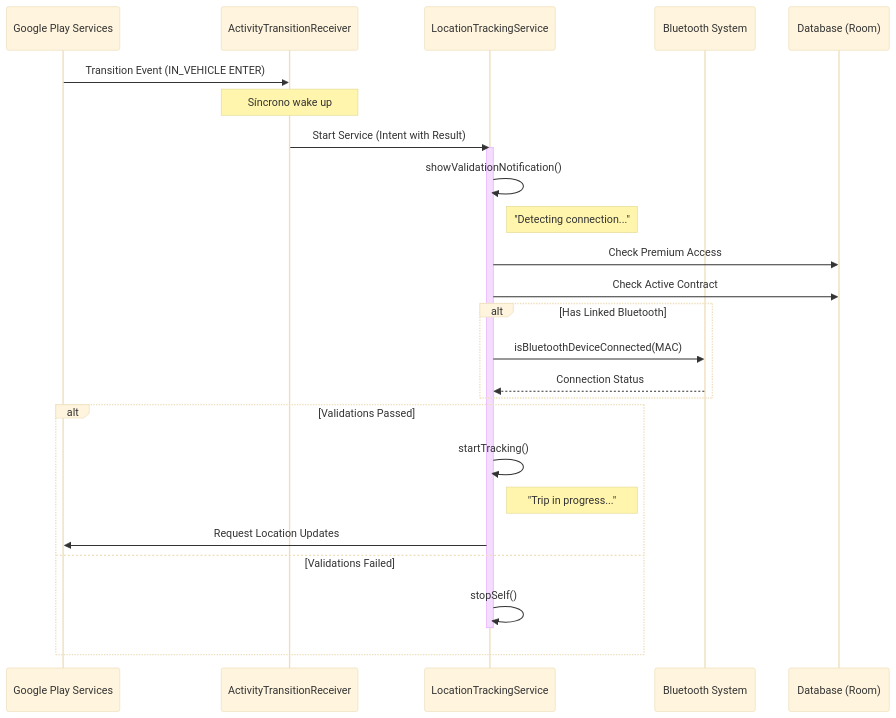
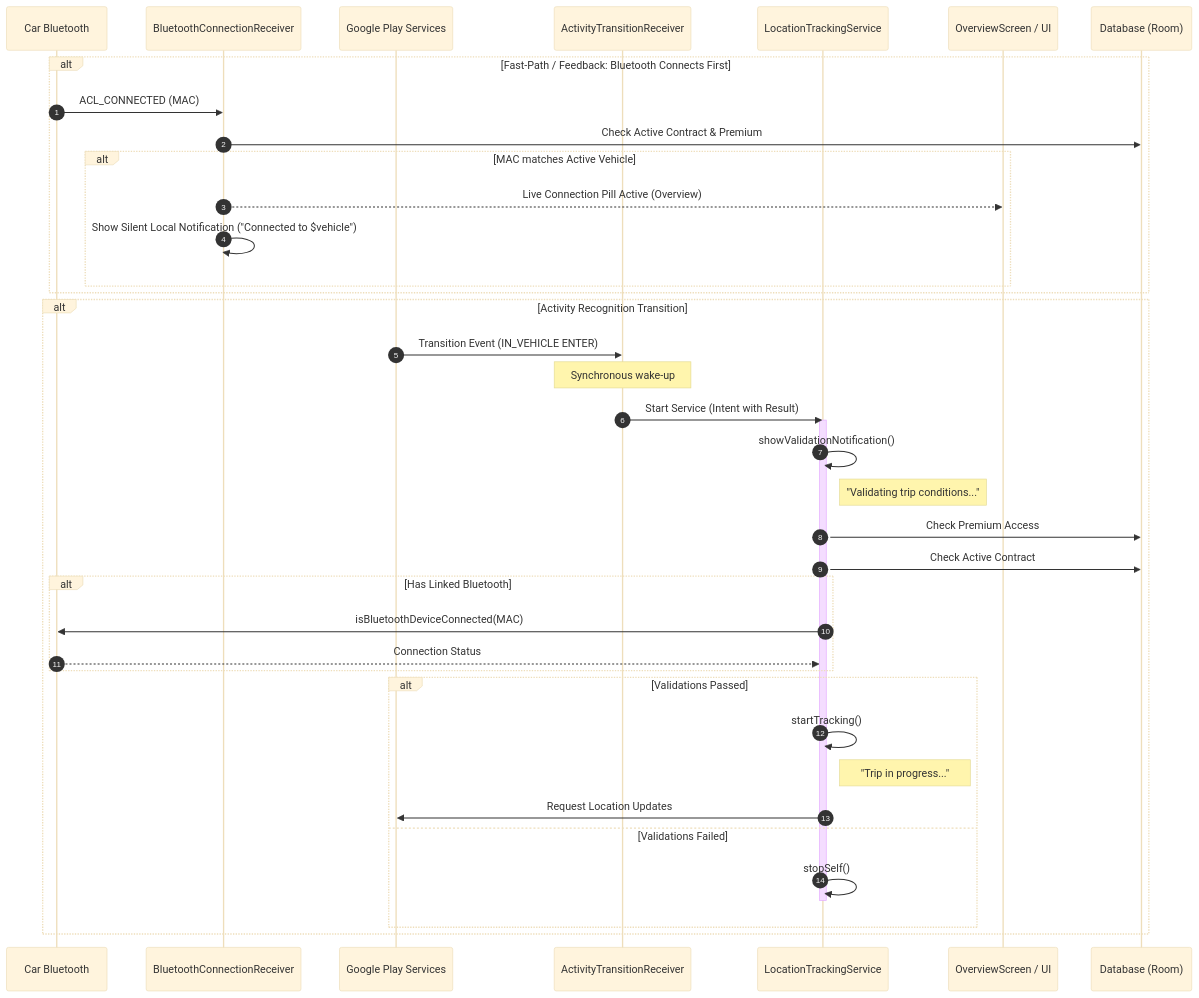
One commit to joshluq/kilomenos-android changed the diagram in docs/autotracking_technical_spec.md. Above: the diagram before and after it, drawn with Mermaid (base theme). The commit also changed other lines of this file and 18 other files, not shown here.

Commit message:
Implement real-time vehicle Bluetooth connection monitoring by introducing repository and use-case layers, along with live connection indicators and auto-sorting across the overview and fleet features.

````diff
--- a/docs/autotracking_technical_spec.md
+++ b/docs/autotracking_technical_spec.md
@@ -19,33 +21,46 @@
 ```mermaid
 sequenceDiagram
+    autonumber
+    participant Car as Car Bluetooth
+    participant BCR as BluetoothConnectionReceiver
     participant GPS as Google Play Services
     participant ATR as ActivityTransitionReceiver
     participant LTS as LocationTrackingService
-    participant BT as Bluetooth System
+    participant UI as OverviewScreen / UI
     participant DB as Database (Room)
 
-    GPS->>ATR: Transition Event (IN_VEHICLE ENTER)
-    Note over ATR: Síncrono wake up
-    ATR->>LTS: Start Service (Intent with Result)
-    
-    activate LTS
-    LTS->>LTS: showValidationNotification()
-    Note right of LTS: "Detecting connection..."
-    
-    LTS->>DB: Check Premium Access
-    LTS->>DB: Check Active Contract
-    
-    alt Has Linked Bluetooth
-        LTS->>BT: isBluetoothDeviceConnected(MAC)
-        BT-->>LTS: Connection Status
+    alt Fast-Path / Feedback: Bluetooth Connects First
+        Car->>BCR: ACL_CONNECTED (MAC)
+        BCR->>DB: Check Active Contract & Premium
+        alt MAC matches Active Vehicle
+            BCR-->>UI: Live Connection Pill Active (Overview)
+            BCR->>BCR: Show Silent Local Notification ("Connected to $vehicle")
+        end
     end
 
-    alt Validations Passed
-        LTS->>LTS: startTracking()
-        Note right of LTS: "Trip in progress..."
-        LTS->>GPS: Request Location Updates
-    else Validations Failed
-        LTS->>LTS: stopSelf()
-        deactivate LTS
+    alt Activity Recognition Transition
+        GPS->>ATR: Transition Event (IN_VEHICLE ENTER)
+        Note over ATR: Synchronous wake-up
+        ATR->>LTS: Start Service (Intent with Result)
+        activate LTS
+        LTS->>LTS: showValidationNotification()
+        Note right of LTS: "Validating trip conditions..."
+        
+        LTS->>DB: Check Premium Access
+        LTS->>DB: Check Active Contract
+        
+        alt Has Linked Bluetooth
+            LTS->>Car: isBluetoothDeviceConnected(MAC)
+            Car-->>LTS: Connection Status
+        end
+
+        alt Validations Passed
+            LTS->>LTS: startTracking()
+            Note right of LTS: "Trip in progress..."
+            LTS->>GPS: Request Location Updates
+        else Validations Failed
+            LTS->>LTS: stopSelf()
+            deactivate LTS
+        end
     end
 ```
````
